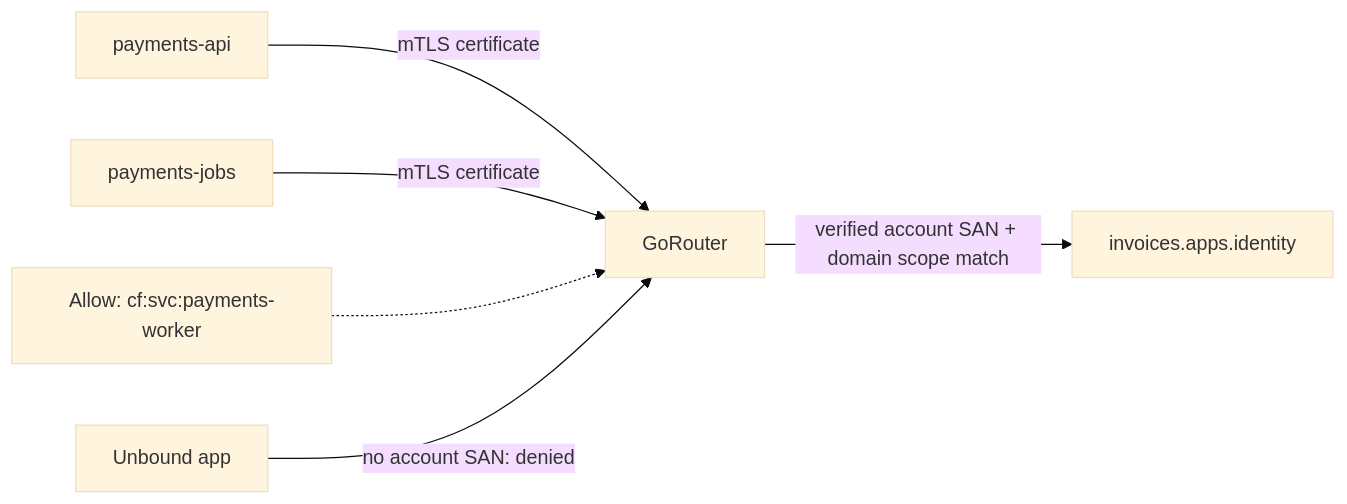
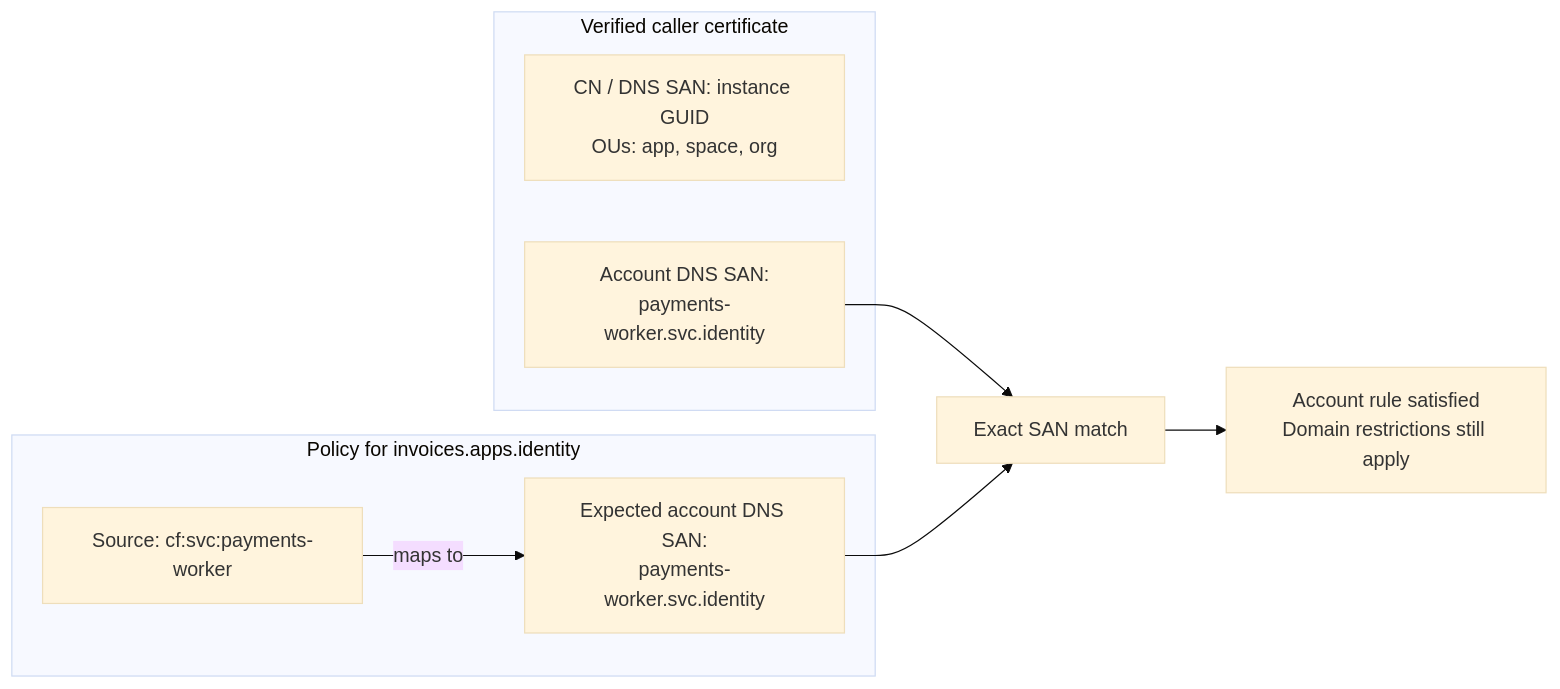
Before and after one commit to cloudfoundry/community: the fourth of 4 diagrams in toc/rfc/rfc-draft-service-accounts.md, drawn with Mermaid (base theme).

Commit message:
Illustrate certificate SAN matching against account route policy

````diff
--- a/toc/rfc/rfc-draft-service-accounts.md
+++ b/toc/rfc/rfc-draft-service-accounts.md
@@ -243,8 +243,15 @@
 ```mermaid
 flowchart LR
-    API["payments-api"] -->|"mTLS certificate"| Router["GoRouter"]
-    Jobs["payments-jobs"] -->|"mTLS certificate"| Router
-    Policy["Allow: cf:svc:payments-worker"] -.-> Router
-    Router -->|"verified account SAN + domain scope match"| Backend["invoices.apps.identity"]
-    Other["Unbound app"] -->|"no account SAN: denied"| Router
+    subgraph Cert["Verified caller certificate"]
+        Instance["CN / DNS SAN: instance GUID<br/>OUs: app, space, org"]
+        SAN["Account DNS SAN:<br/>payments-worker.svc.identity"]
+    end
+    subgraph Route["Policy for invoices.apps.identity"]
+        Rule["Source: cf:svc:payments-worker"]
+        Expected["Expected account DNS SAN:<br/>payments-worker.svc.identity"]
+        Rule -->|"maps to"| Expected
+    end
+    SAN --> Match["Exact SAN match"]
+    Expected --> Match
+    Match --> Grant["Account rule satisfied<br/>Domain restrictions still apply"]
 ```
````
